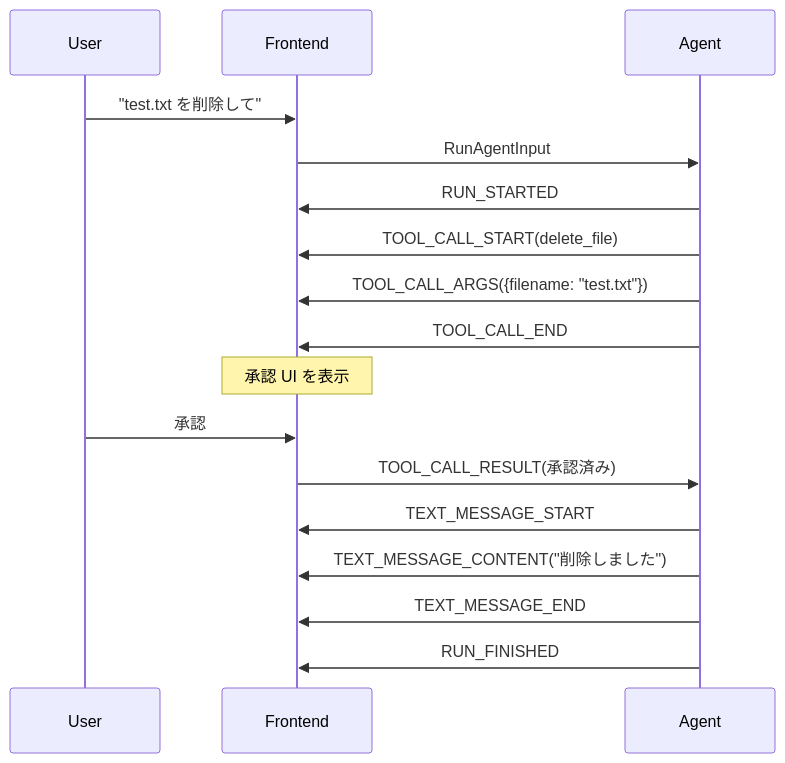
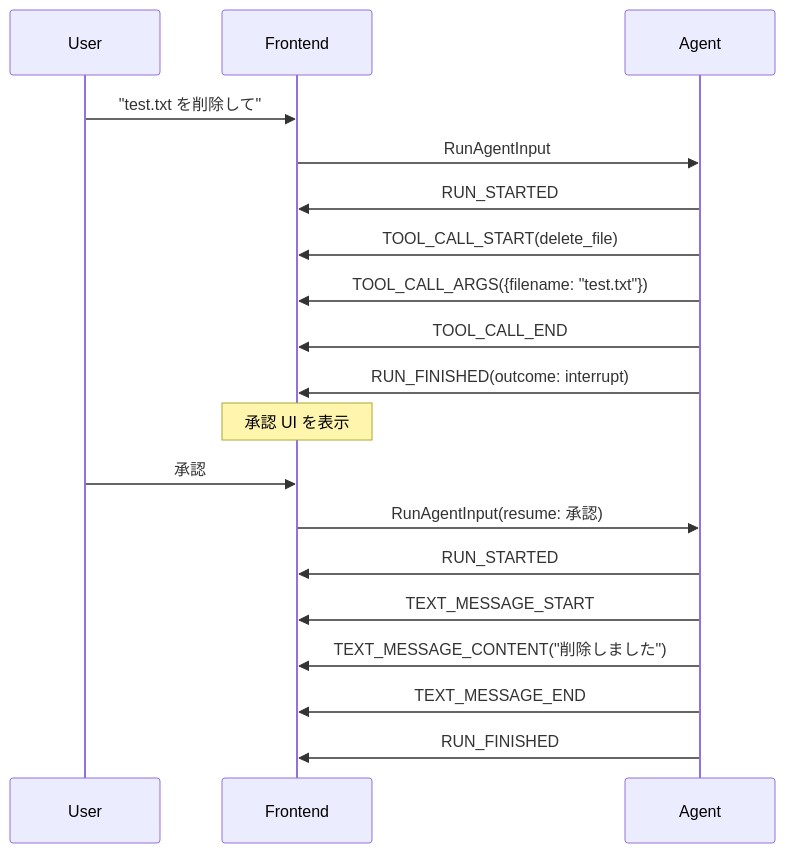
Before and after one commit to yoichiozaki/yoichiozaki.github.io: diagram 11 of 12 in content/blog/ja/ag-ui-protocol.mdx, drawn with Mermaid. The commit also changed other lines of this file and 220 other files, not shown here.

````diff
--- a/content/blog/ja/ag-ui-protocol.mdx
+++ b/content/blog/ja/ag-ui-protocol.mdx
@@ -763,19 +727,21 @@
 ```mermaid
 sequenceDiagram
     participant U as User
     participant F as Frontend
     participant A as Agent
     U->>F: "test.txt を削除して"
     F->>A: RunAgentInput
     A->>F: RUN_STARTED
     A->>F: TOOL_CALL_START(delete_file)
     A->>F: TOOL_CALL_ARGS({filename: "test.txt"})
     A->>F: TOOL_CALL_END
+    A->>F: RUN_FINISHED(outcome: interrupt)
     Note over F: 承認 UI を表示
     U->>F: 承認
-    F->>A: TOOL_CALL_RESULT(承認済み)
+    F->>A: RunAgentInput(resume: 承認)
+    A->>F: RUN_STARTED
     A->>F: TEXT_MESSAGE_START
     A->>F: TEXT_MESSAGE_CONTENT("削除しました")
     A->>F: TEXT_MESSAGE_END
     A->>F: RUN_FINISHED
 ```
````
